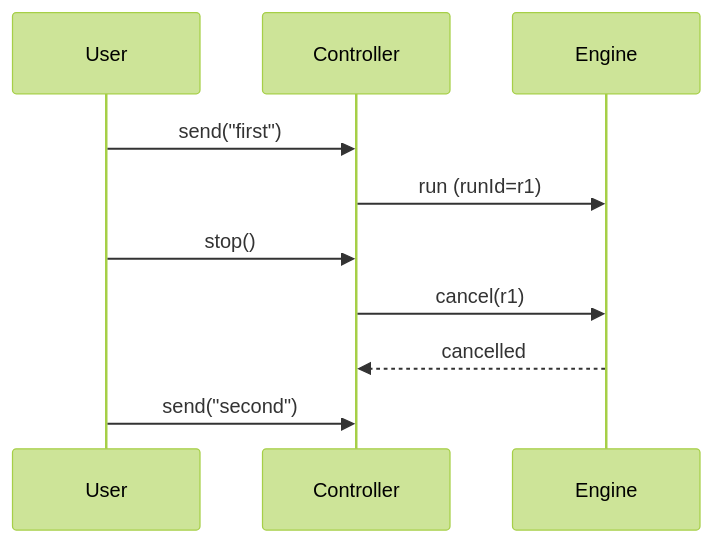
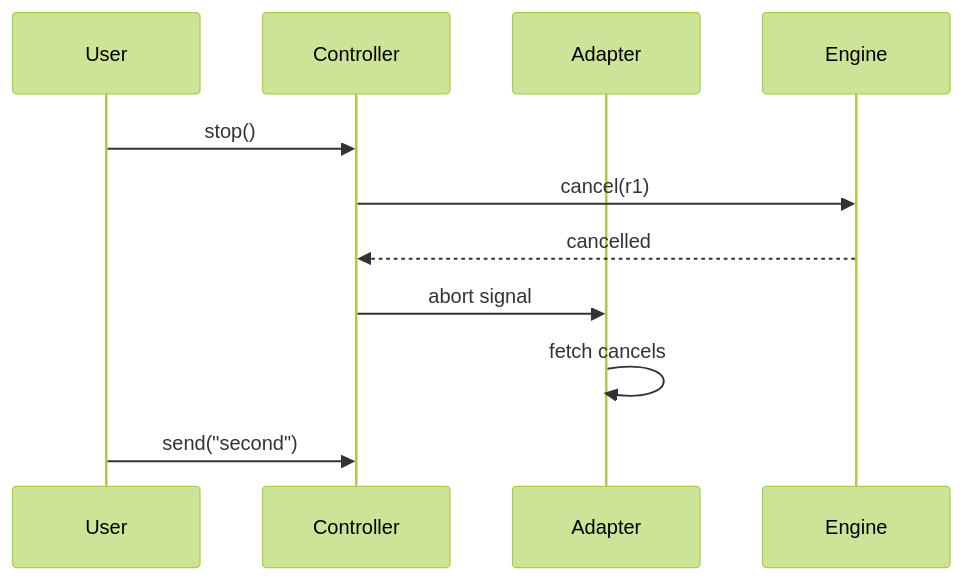
Before and after one commit to MervinPraison/PraisonAIDocs: the third of 4 diagrams in docs/features/mobile/approvals-and-cancellation.mdx, drawn with Mermaid (forest theme). The commit also changed other lines of this file and 3 other files, not shown here.

````diff
--- a/docs/features/mobile/approvals-and-cancellation.mdx
+++ b/docs/features/mobile/approvals-and-cancellation.mdx
@@ -90,12 +96,13 @@
 ```mermaid
 sequenceDiagram
     participant User
     participant Controller
+    participant Adapter
     participant Engine
-    User->>Controller: send("first")
-    Controller->>Engine: run (runId=r1)
     User->>Controller: stop()
     Controller->>Engine: cancel(r1)
     Engine-->>Controller: cancelled
+    Controller->>Adapter: abort signal
+    Adapter->>Adapter: fetch cancels
     User->>Controller: send("second")
 ```
````
